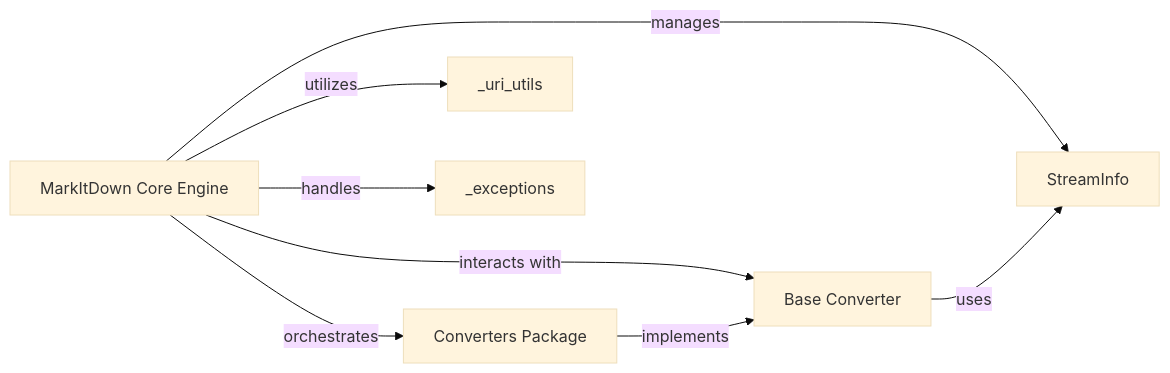
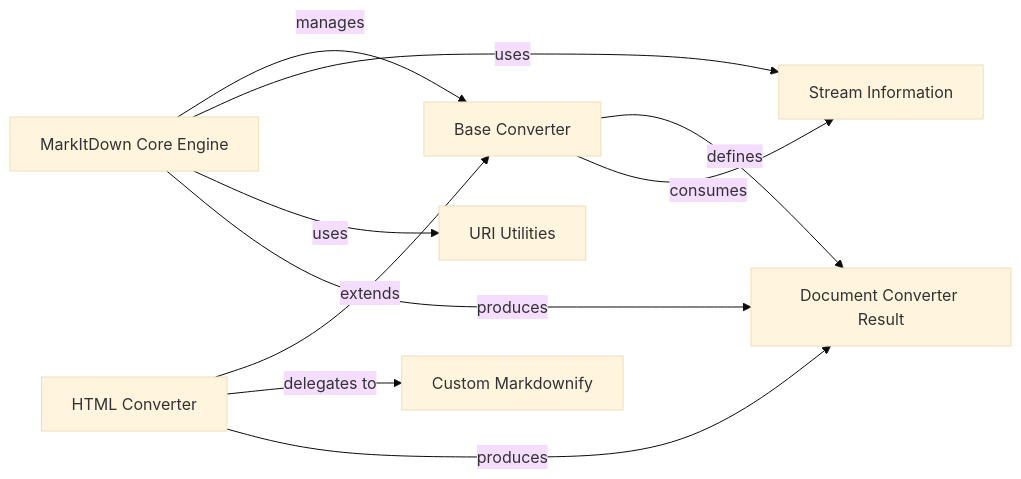
Before and after one commit to CodeBoarding/GeneratedOnBoardings: the diagram in markitdown/MarkItDown_Core_Engine.md, drawn with Mermaid (base theme). The commit also changed other lines of this file and 33 other files, not shown here.

````diff
--- a/markitdown/MarkItDown_Core_Engine.md
+++ b/markitdown/MarkItDown_Core_Engine.md
@@ -1,17 +1,22 @@
 ```mermaid
 graph LR
     MarkItDown_Core_Engine["MarkItDown Core Engine"]
     Base_Converter["Base Converter"]
-    Converters_Package["Converters Package"]
-    StreamInfo["StreamInfo"]
-    _uri_utils["_uri_utils"]
-    _exceptions["_exceptions"]
-    MarkItDown_Core_Engine -- "orchestrates" --> Converters_Package
-    MarkItDown_Core_Engine -- "manages" --> StreamInfo
-    MarkItDown_Core_Engine -- "utilizes" --> _uri_utils
-    MarkItDown_Core_Engine -- "handles" --> _exceptions
-    MarkItDown_Core_Engine -- "interacts with" --> Base_Converter
-    Converters_Package -- "implements" --> Base_Converter
-    Base_Converter -- "uses" --> StreamInfo
+    Document_Converter_Result["Document Converter Result"]
+    Stream_Information["Stream Information"]
+    URI_Utilities["URI Utilities"]
+    HTML_Converter["HTML Converter"]
+    Custom_Markdownify["Custom Markdownify"]
+    MarkItDown_Core_Engine -- "manages" --> Base_Converter
+    MarkItDown_Core_Engine -- "uses" --> Stream_Information
+    MarkItDown_Core_Engine -- "uses" --> URI_Utilities
+    MarkItDown_Core_Engine -- "produces" --> Document_Converter_Result
+    Base_Converter -- "defines" --> Document_Converter_Result
+    Base_Converter -- "consumes" --> Stream_Information
+    HTML_Converter -- "extends" --> Base_Converter
+    HTML_Converter -- "delegates to" --> Custom_Markdownify
+    HTML_Converter -- "produces" --> Document_Converter_Result
     click MarkItDown_Core_Engine href "https://github.com/CodeBoarding/GeneratedOnBoardings/blob/main//markitdown/MarkItDown_Core_Engine.md" "Details"
+    click Base_Converter href "https://github.com/CodeBoarding/GeneratedOnBoardings/blob/main//markitdown/Base_Converter.md" "Details"
+    click Custom_Markdownify href "https://github.com/CodeBoarding/GeneratedOnBoardings/blob/main//markitdown/Custom_Markdownify.md" "Details"
 ```
````
